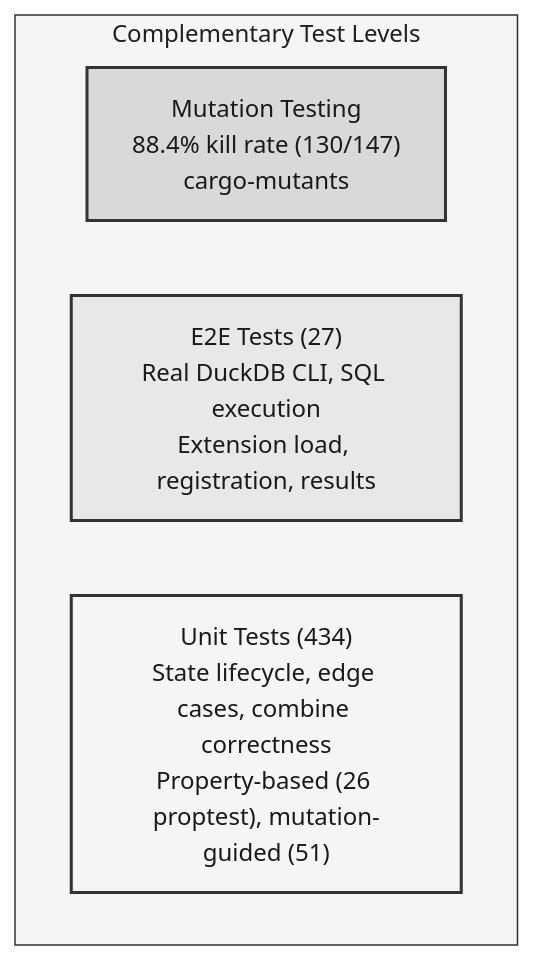
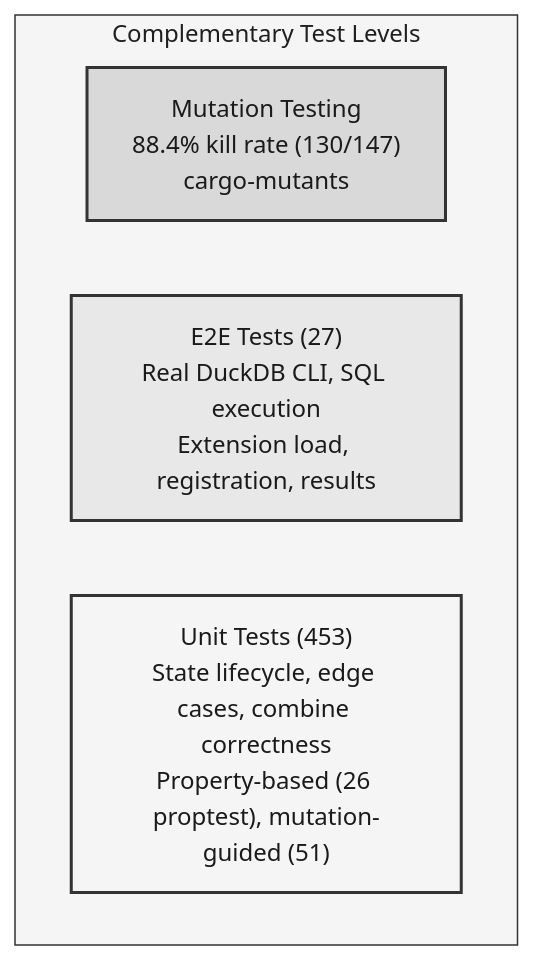
The second of 4 diagrams in docs/src/engineering.md (tomtom215/duckdb-behavioral), drawn with Mermaid before and after one commit. The commit also changed other lines of this file and 7 other files, not shown here.

````diff
--- a/docs/src/engineering.md
+++ b/docs/src/engineering.md
@@ -148,13 +148,13 @@
 ```mermaid
 %%{init: {'theme': 'base', 'themeVariables': {'primaryColor': '#ffffff', 'primaryTextColor': '#1a1a1a', 'primaryBorderColor': '#333333', 'lineColor': '#333333', 'secondaryColor': '#f5f5f5', 'tertiaryColor': '#e0e0e0', 'textColor': '#1a1a1a', 'clusterBkg': '#f5f5f5', 'clusterBorder': '#333333'}}}%%
 graph TB
     subgraph "Complementary Test Levels"
         L3["Mutation Testing<br/>88.4% kill rate (130/147)<br/>cargo-mutants"]
         L2["E2E Tests (27)<br/>Real DuckDB CLI, SQL execution<br/>Extension load, registration, results"]
-        L1["Unit Tests (434)<br/>State lifecycle, edge cases, combine correctness<br/>Property-based (26 proptest), mutation-guided (51)"]
+        L1["Unit Tests (453)<br/>State lifecycle, edge cases, combine correctness<br/>Property-based (26 proptest), mutation-guided (51)"]
     end
 
     style L1 fill:#f5f5f5,stroke:#333333,stroke-width:2px,color:#1a1a1a
     style L2 fill:#e8e8e8,stroke:#333333,stroke-width:2px,color:#1a1a1a
     style L3 fill:#d9d9d9,stroke:#333333,stroke-width:2px,color:#1a1a1a
 ```
````
